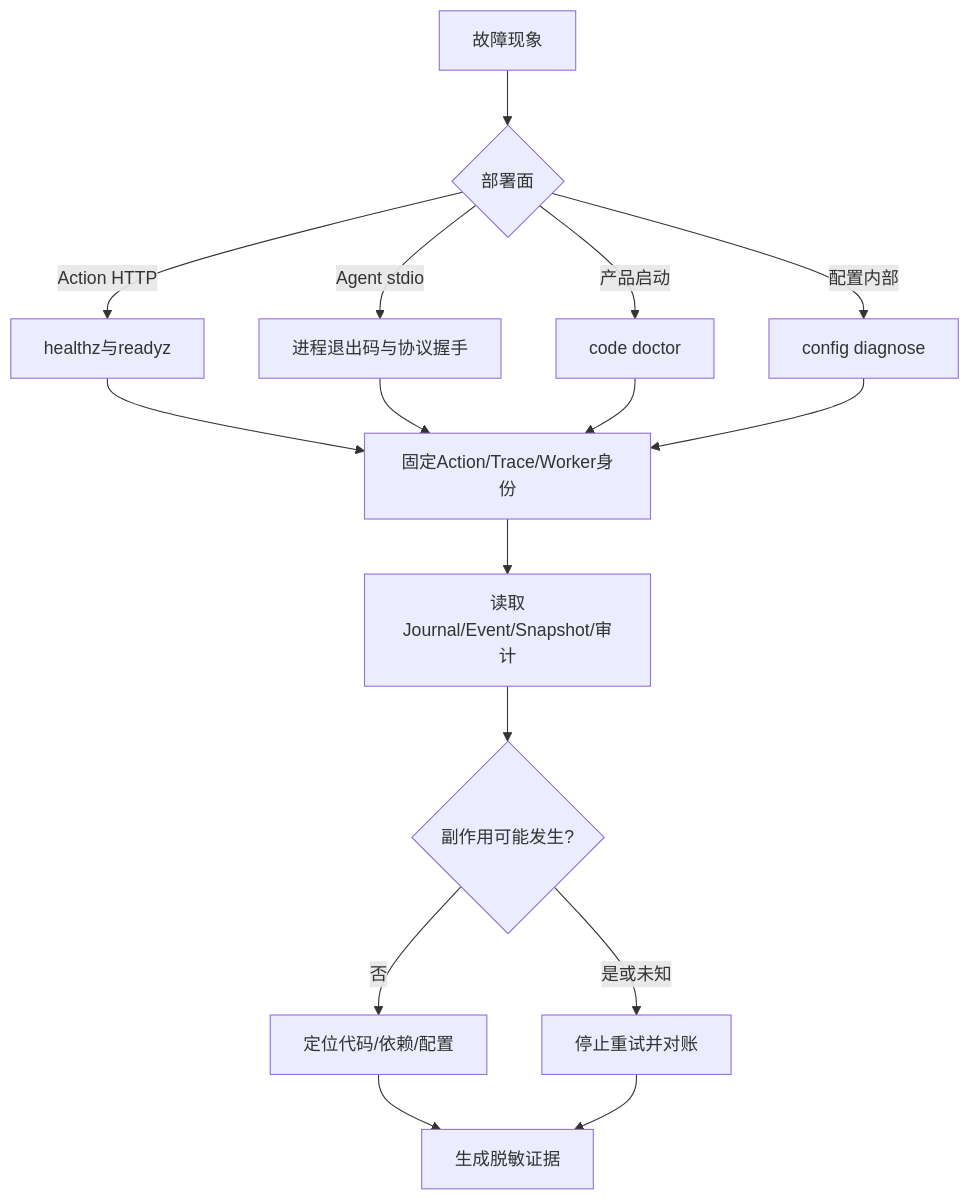
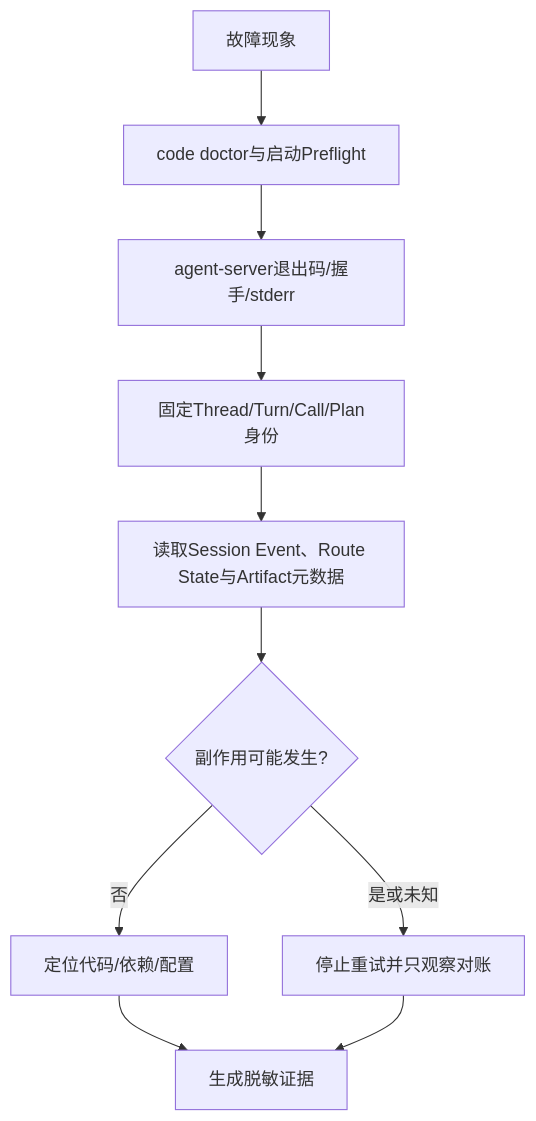
The diagram in docs/operations/diagnostics.md (carrie1988/Harnessix), drawn with Mermaid before and after one commit. The commit also changed other lines of this file and 82 other files, not shown here.

````diff
--- a/docs/operations/diagnostics.md
+++ b/docs/operations/diagnostics.md
@@ -43,18 +41,12 @@
 ```mermaid
 flowchart TD
-    Symptom[故障现象] --> Surface{部署面}
-    Surface -- Action HTTP --> Live[healthz与readyz]
-    Surface -- Agent stdio --> Process[进程退出码与协议握手]
-    Surface -- 产品启动 --> Preflight[code doctor]
-    Surface -- 配置内部 --> Config[config diagnose]
-    Live --> Identity[固定Action/Trace/Worker身份]
-    Process --> Identity
-    Preflight --> Identity
-    Config --> Identity
-    Identity --> Durable[读取Journal/Event/Snapshot/审计]
+    Symptom[故障现象] --> Preflight[code doctor与启动Preflight]
+    Preflight --> Process[agent-server退出码/握手/stderr]
+    Process --> Identity[固定Thread/Turn/Call/Plan身份]
+    Identity --> Durable[读取Session Event、Route State与Artifact元数据]
     Durable --> Effect{副作用可能发生?}
     Effect -- 否 --> Root[定位代码/依赖/配置]
-    Effect -- 是或未知 --> Reconcile[停止重试并对账]
+    Effect -- 是或未知 --> Reconcile[停止重试并只观察对账]
     Root --> Evidence[生成脱敏证据]
     Reconcile --> Evidence
 ```
````
